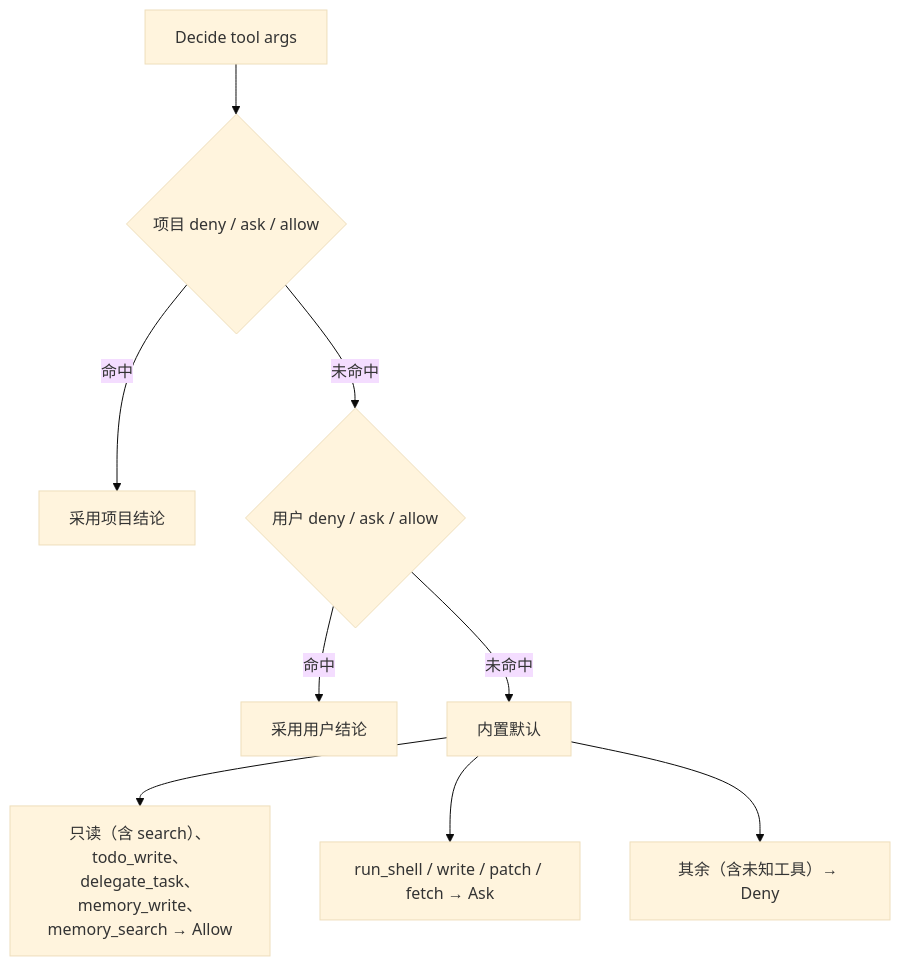
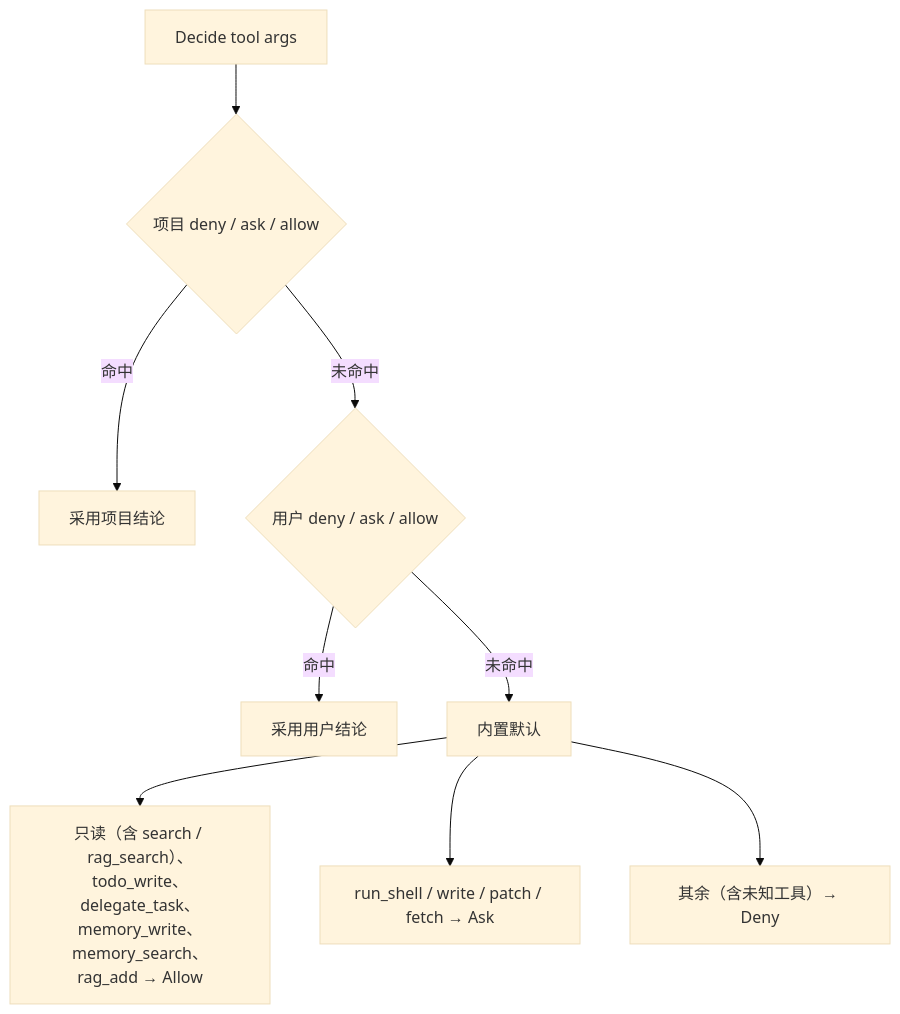
Before and after one commit to xgk1906806hjy/Hi-Agent: the diagram in docs/permission/功能逻辑.md, drawn with Mermaid (base theme). The commit also changed other lines of this file and 21 other files, not shown here.

````diff
--- a/docs/permission/功能逻辑.md
+++ b/docs/permission/功能逻辑.md
@@ -34,11 +34,11 @@
 ```mermaid
 flowchart TD
   A[Decide tool args] --> P{项目 deny / ask / allow}
   P -->|命中| R[采用项目结论]
   P -->|未命中| U{用户 deny / ask / allow}
   U -->|命中| S[采用用户结论]
   U -->|未命中| F[内置默认]
-  F --> G["只读（含 search）、todo_write、delegate_task、memory_write、memory_search → Allow"]
+  F --> G["只读（含 search / rag_search）、todo_write、delegate_task、memory_write、memory_search、rag_add → Allow"]
   F --> H["run_shell / write / patch / fetch → Ask"]
   F --> I["其余（含未知工具）→ Deny"]
 ```
````
